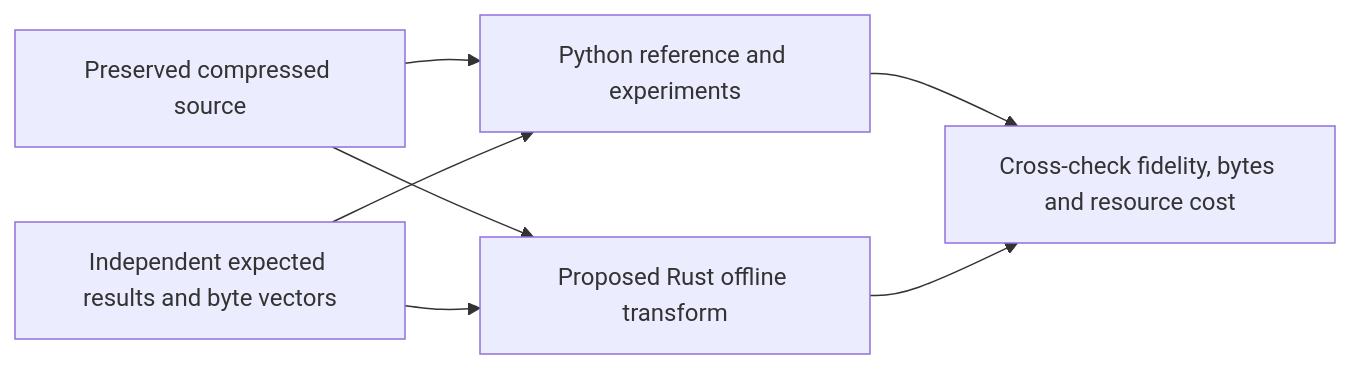
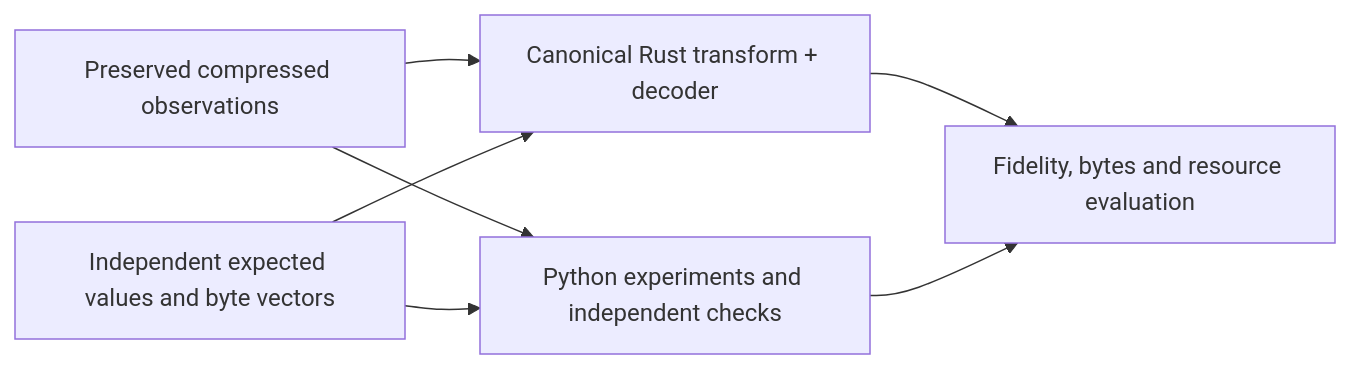
One commit to unphased/vim-config changed the first of 2 diagrams in herdr-plugins/pane-load/RECORDING_PLAN.md. Above: the diagram before and after it, drawn with Mermaid. The commit also changed other lines of this file and 2 other files, not shown here.

````diff
--- a/herdr-plugins/pane-load/RECORDING_PLAN.md
+++ b/herdr-plugins/pane-load/RECORDING_PLAN.md
@@ -19,9 +16,9 @@
 ```mermaid
 flowchart LR
-  S[Preserved compressed source] --> P[Python reference and experiments]
-  S --> R[Proposed Rust offline transform]
-  T[Independent expected results and byte vectors] --> P
-  T --> R
-  P --> V[Cross-check fidelity, bytes and resource cost]
-  R --> V
+  S[Preserved compressed observations] --> R[Canonical Rust transform + decoder]
+  S --> P[Python experiments and independent checks]
+  T[Independent expected values and byte vectors] --> R
+  T --> P
+  R --> V[Fidelity, bytes and resource evaluation]
+  P --> V
 ```
````
